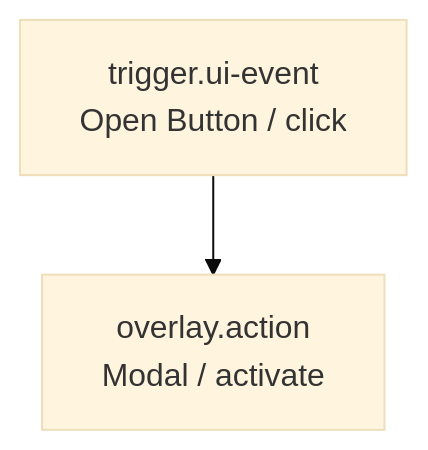
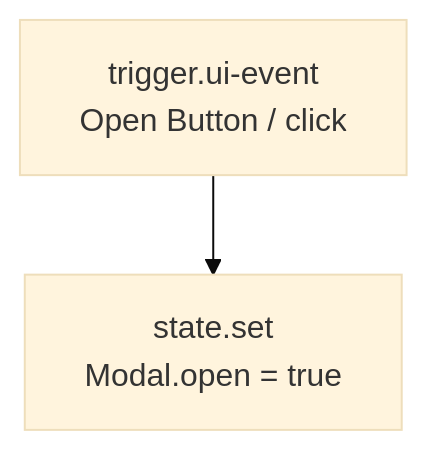
The first of 2 diagrams in docs/flow-usage.md (northwest-hcu/FlagShip), drawn with Mermaid (base theme) before and after one commit. The commit also changed other lines of this file and 24 other files, not shown here.

````diff
--- a/docs/flow-usage.md
+++ b/docs/flow-usage.md
@@ -33,4 +35,4 @@
 ```mermaid
 flowchart TD
-    Click["trigger.ui-event<br/>Open Button / click"] --> Open["overlay.action<br/>Modal / activate"]
+    Click["trigger.ui-event<br/>Open Button / click"] --> Open["state.set<br/>Modal.open = true"]
 ```
````
